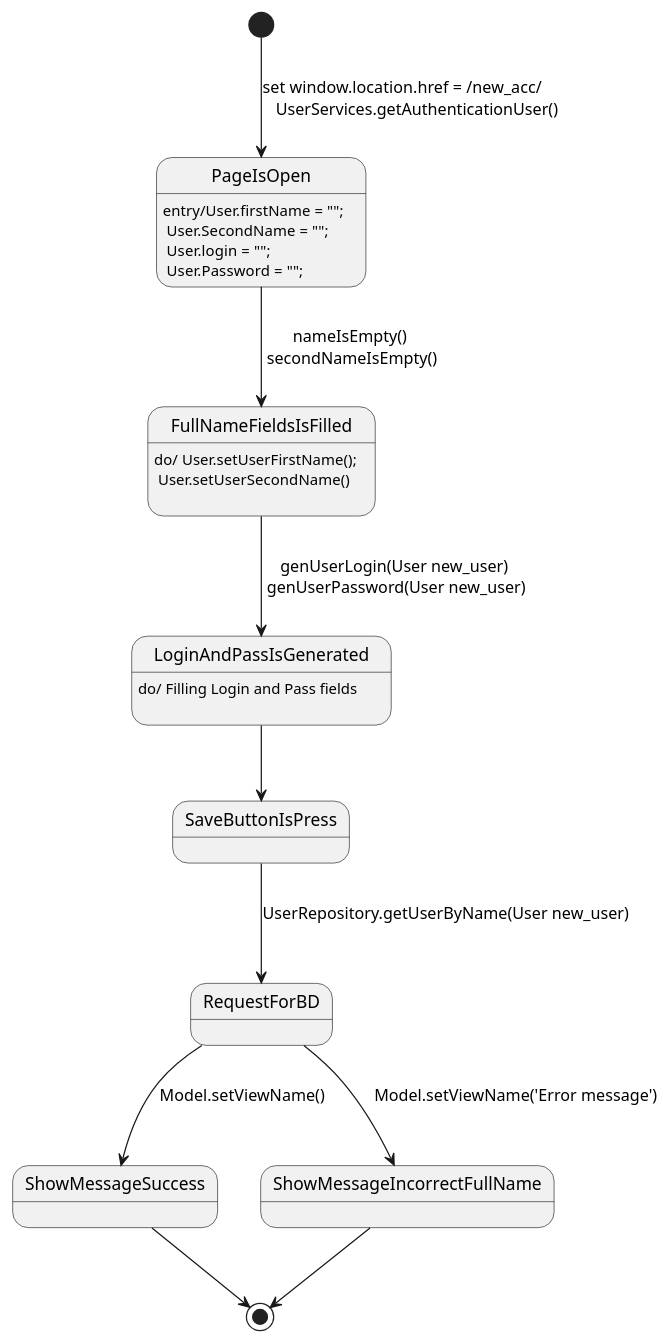
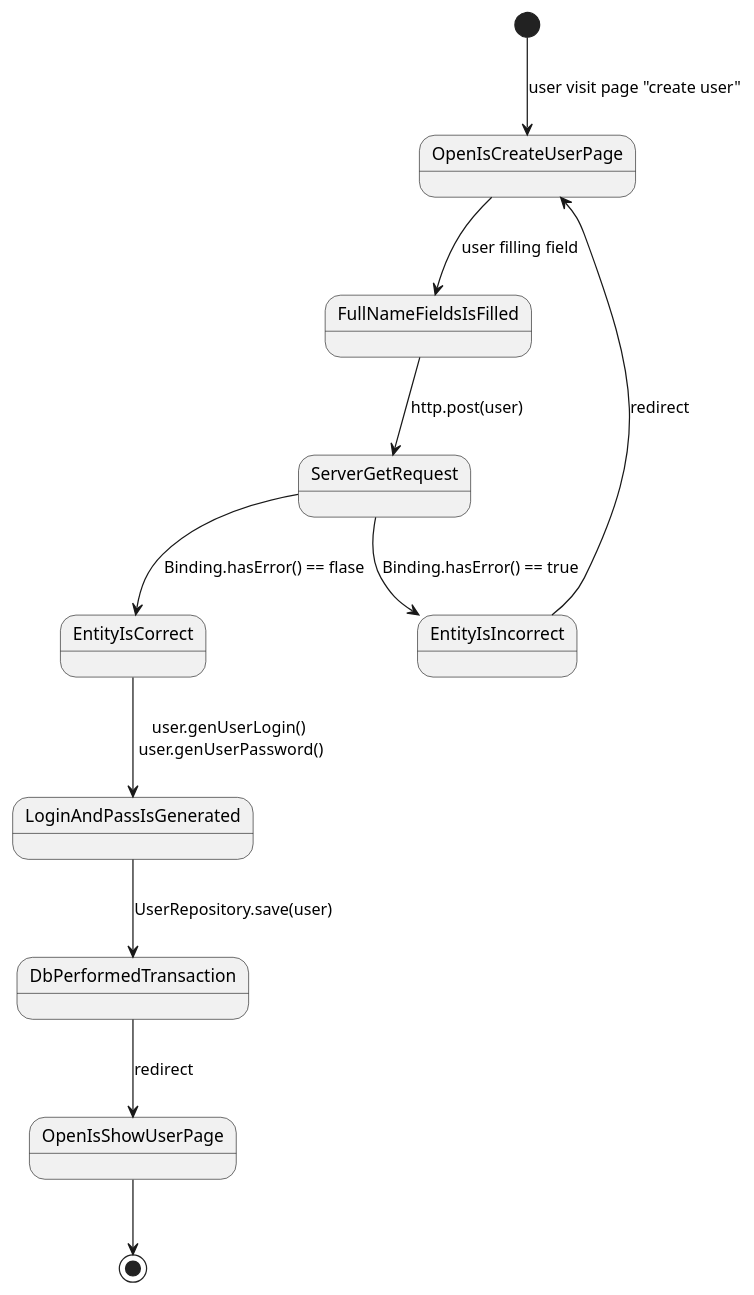
Before and after one commit to Pahoomich/nwchat: the diagram in UML/state machine diagram/new_account.puml, drawn with PlantUML. The commit also changed 7 other files, not shown here.

```diff
--- a/UML/state machine diagram/new_account.puml
+++ b/UML/state machine diagram/new_account.puml
@@ -1,20 +1,30 @@
 @startuml
-[*] --> PageIsOpen: set window.location.href = /new_acc/      \n UserServices.getAuthenticationUser()
-PageIsOpen --> FullNameFieldsIsFilled: nameIsEmpty()\n secondNameIsEmpty()
-FullNameFieldsIsFilled --> LoginAndPassIsGenerated: genUserLogin(User new_user)\n genUserPassword(User new_user)
-LoginAndPassIsGenerated --> SaveButtonIsPress
-SaveButtonIsPress --> RequestForBD : UserRepository.getUserByName(User new_user)    \n
-RequestForBD --> ShowMessageSuccess : Model.setViewName()   \n
-RequestForBD --> ShowMessageIncorrectFullName : Model.setViewName('Error message')  \n
-ShowMessageSuccess --> [*]
-ShowMessageIncorrectFullName --> [*]
+[*] --> OpenIsCreateUserPage: user visit page "create user"
+OpenIsCreateUserPage --> FullNameFieldsIsFilled: user filling field
+FullNameFieldsIsFilled --> ServerGetRequest : http.post(user)
+ServerGetRequest --> EntityIsCorrect : Binding.hasError() == flase
+ServerGetRequest --> EntityIsIncorrect : Binding.hasError() == true
+EntityIsIncorrect --> OpenIsCreateUserPage : redirect
+EntityIsCorrect --> LoginAndPassIsGenerated : user.genUserLogin()\n user.genUserPassword()
+LoginAndPassIsGenerated --> DbPerformedTransaction : UserRepository.save(user)
+DbPerformedTransaction --> OpenIsShowUserPage : redirect
+OpenIsShowUserPage --> [*]
 
 
-state PageIsOpen : entry/User.firstName = ""; \n User.SecondName = ""; \n User.login = ""; \n User.Password = "";
-state FullNameFieldsIsFilled :do/ User.setUserFirstName();\n User.setUserSecondName()\n
-state LoginAndPassIsGenerated :do/ Filling Login and Pass fields    \n
-state SaveButtonIsPress
-state RequestForBD
-state ShowMessageSuccess
-state ShowMessageIncorrectFullName
+'LoginAndPassIsGenerated: genUserLogin(User new_user)\n genUserPassword(User new_user)
+'LoginAndPassIsGenerated --> SaveButtonIsPress
+'SaveButtonIsPress --> RequestForBD : UserRepository.getUserByName(User new_user)    \n
+'RequestForBD --> ShowMessageSuccess : Model.setViewName()   \n
+'RequestForBD --> ShowMessageIncorrectFullName : Model.setViewName('Error message')  \n
+'ShowMessageSuccess --> [*]
+'ShowMessageIncorrectFullName --> [*]
+
+
+'state PageIsOpen : user with empty field
+'state FullNameFieldsIsFilled : user with filling first name and last name
+'state LoginAndPassIsGenerated : Filling Login and Pass fields    \n
+'state SaveButtonIsPress
+'state RequestForBD
+'state ShowMessageSuccess
+'state ShowMessageIncorrectFullName
 @enduml
```
